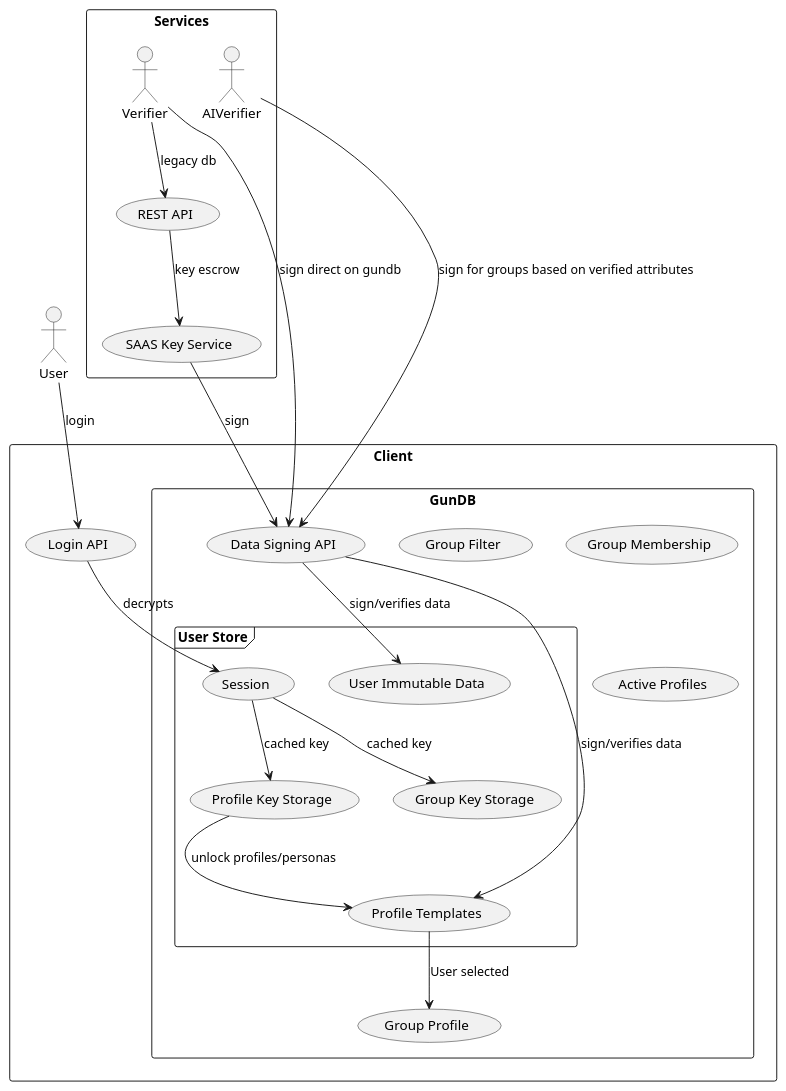
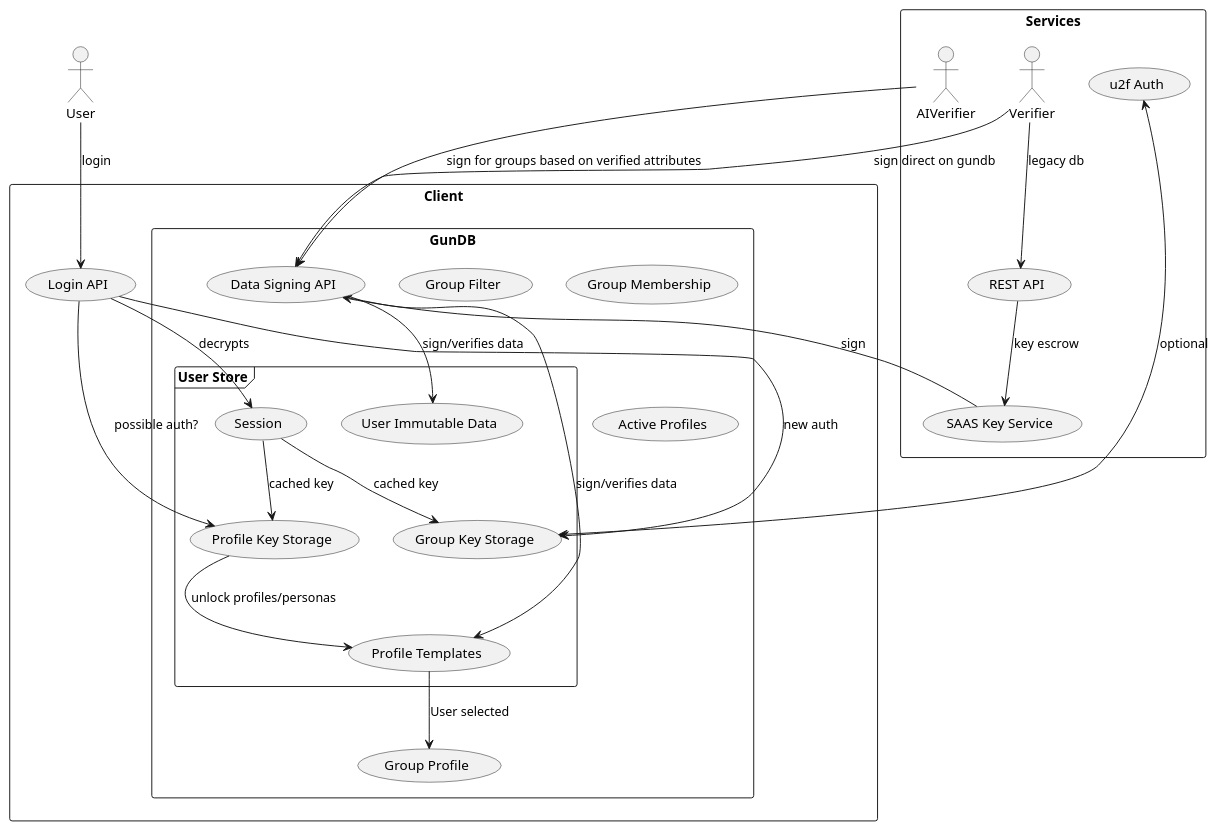
One commit to FyberLabs/s3r.ch changed the diagram in session-uc.wsd. Above: the diagram before and after it, drawn with PlantUML.

Commit message:
add decrypt group flow

```diff
--- a/session-uc.wsd
+++ b/session-uc.wsd
@@ -1,47 +1,51 @@
 @startuml
 actor User
 rectangle Services {
   actor Verifier
   actor AIVerifier
   (SAAS Key Service)
   (REST API)
+  (u2f Auth)
 }
 
 rectangle Client {
     (Login API)
     rectangle GunDB {
         (Data Signing API)
         (Group Filter)
 
         frame "User Store" {
             (Profile Key Storage)
             (Group Key Storage)
 
             (Session)
 
             (User Immutable Data)
 
             (Profile Templates)
         }
         (Group Membership)
         (Active Profiles)
         (Group Profile)
     }
 }
 
 (Login API) --> (Session) : decrypts
+(Login API) --> (Group Key Storage) : new auth
+(Group Key Storage) <-> (u2f Auth) : optional
+(Login API) --> (Profile Key Storage) : possible auth?
 (Session) --> (Group Key Storage) : cached key
 (Session) --> (Profile Key Storage) : cached key
 (Profile Key Storage) --> (Profile Templates) : unlock profiles/personas
 (Profile Templates) --> (Group Profile) : User selected
 (REST API) --> (SAAS Key Service) : key escrow
 Verifier --> (REST API) : legacy db
 User --> (Login API) : login
 Verifier --> (Data Signing API) : sign direct on gundb
 AIVerifier --> (Data Signing API) : sign for groups based on verified attributes
 (SAAS Key Service) --> (Data Signing API) : sign
 (Data Signing API) --> (User Immutable Data) : sign/verifies data
 (Data Signing API) --> (Profile Templates) : sign/verifies data
 
 
 @enduml
```
